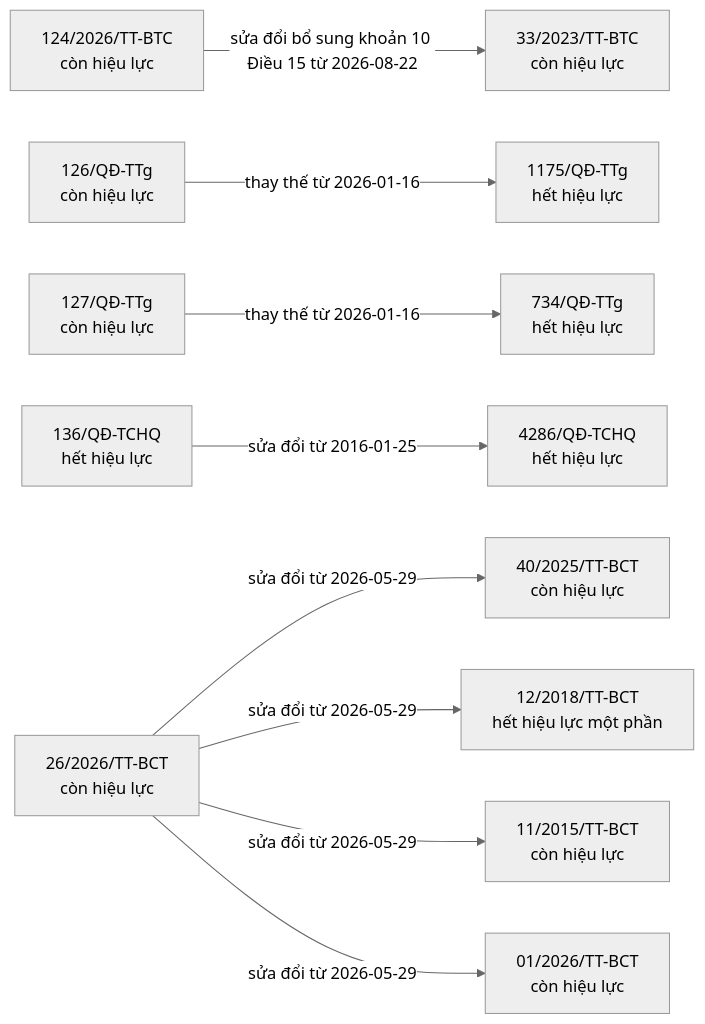
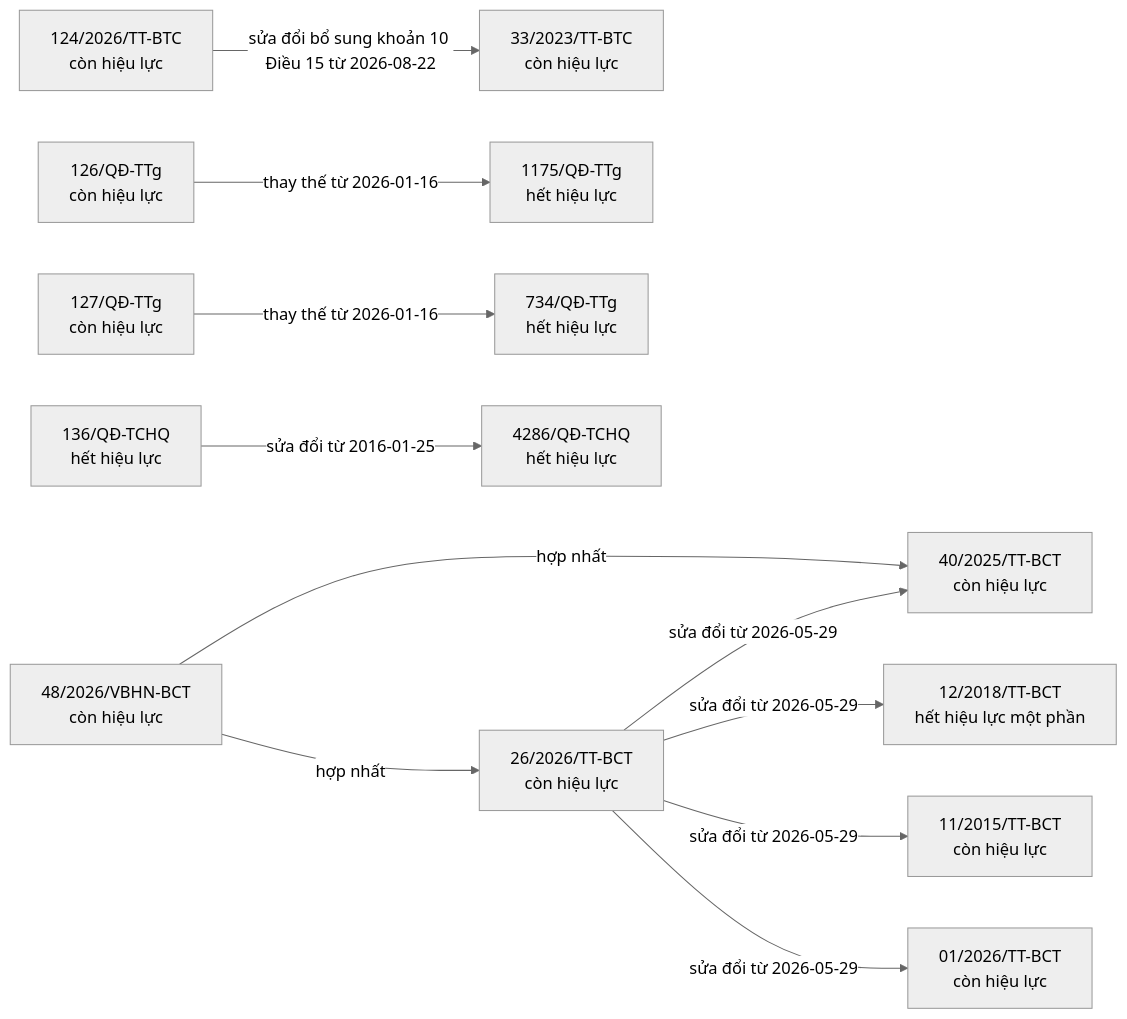
The ninth of 9 diagrams in bao-cao/quan-he.md (ozvietnam/oz-wiki-plhq), drawn with Mermaid (neutral theme) before and after one commit. The commit also changed other lines of this file and 8 other files, not shown here.

````diff
--- a/bao-cao/quan-he.md
+++ b/bao-cao/quan-he.md
@@ -867,24 +867,27 @@
 ```mermaid
 flowchart LR
   n_124_2026_TT_BTC["124/2026/TT-BTC<br/>còn hiệu lực"]
   n_33_2023_TT_BTC["33/2023/TT-BTC<br/>còn hiệu lực"]
   n_126_Q__TTg["126/QĐ-TTg<br/>còn hiệu lực"]
   n_1175_Q__TTg["1175/QĐ-TTg<br/>hết hiệu lực"]
   n_127_Q__TTg["127/QĐ-TTg<br/>còn hiệu lực"]
   n_734_Q__TTg["734/QĐ-TTg<br/>hết hiệu lực"]
   n_136_Q__TCHQ["136/QĐ-TCHQ<br/>hết hiệu lực"]
   n_4286_Q__TCHQ["4286/QĐ-TCHQ<br/>hết hiệu lực"]
   n_26_2026_TT_BCT["26/2026/TT-BCT<br/>còn hiệu lực"]
   n_40_2025_TT_BCT["40/2025/TT-BCT<br/>còn hiệu lực"]
   n_12_2018_TT_BCT["12/2018/TT-BCT<br/>hết hiệu lực một phần"]
   n_11_2015_TT_BCT["11/2015/TT-BCT<br/>còn hiệu lực"]
   n_01_2026_TT_BCT["01/2026/TT-BCT<br/>còn hiệu lực"]
+  n_48_2026_VBHN_BCT["48/2026/VBHN-BCT<br/>còn hiệu lực"]
   n_124_2026_TT_BTC -->|sửa đổi bổ sung khoản 10 Điều 15 từ 2026-08-22| n_33_2023_TT_BTC
   n_126_Q__TTg -->|thay thế từ 2026-01-16| n_1175_Q__TTg
   n_127_Q__TTg -->|thay thế từ 2026-01-16| n_734_Q__TTg
   n_136_Q__TCHQ -->|sửa đổi từ 2016-01-25| n_4286_Q__TCHQ
   n_26_2026_TT_BCT -->|sửa đổi từ 2026-05-29| n_40_2025_TT_BCT
   n_26_2026_TT_BCT -->|sửa đổi từ 2026-05-29| n_12_2018_TT_BCT
   n_26_2026_TT_BCT -->|sửa đổi từ 2026-05-29| n_11_2015_TT_BCT
   n_26_2026_TT_BCT -->|sửa đổi từ 2026-05-29| n_01_2026_TT_BCT
+  n_48_2026_VBHN_BCT -->|hợp nhất| n_40_2025_TT_BCT
+  n_48_2026_VBHN_BCT -->|hợp nhất| n_26_2026_TT_BCT
 ```
````
